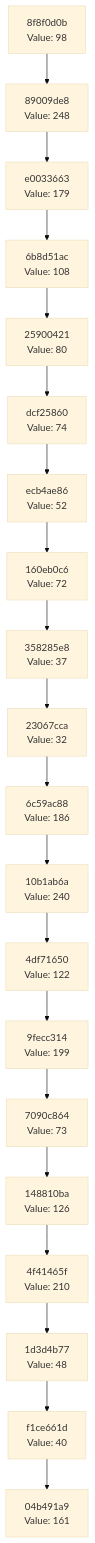
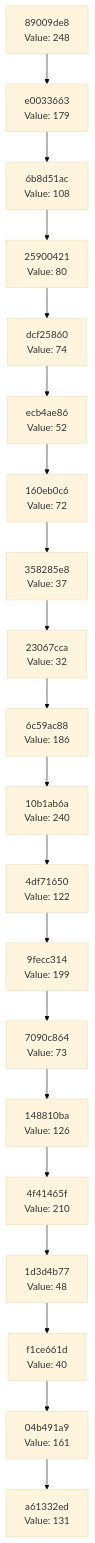
Before and after one commit to Abhisheksinha1506/hash-chain-evolver: the diagram in docs/CHAIN_VISUALIZATION.md, drawn with Mermaid (base theme). The commit also changed 2 other files, not shown here.

Commit message:
Evolution step: hash 0x83 → action executed

````diff
--- a/docs/CHAIN_VISUALIZATION.md
+++ b/docs/CHAIN_VISUALIZATION.md
@@ -3,42 +3,42 @@
 ```mermaid
 graph TD
-    C0["04b491a9<br/>Value: 161"]
-    C1["f1ce661d<br/>Value: 40"]
+    C0["a61332ed<br/>Value: 131"]
+    C1["04b491a9<br/>Value: 161"]
     C1 --> C0
-    C2["1d3d4b77<br/>Value: 48"]
+    C2["f1ce661d<br/>Value: 40"]
     C2 --> C1
-    C3["4f41465f<br/>Value: 210"]
+    C3["1d3d4b77<br/>Value: 48"]
     C3 --> C2
-    C4["148810ba<br/>Value: 126"]
+    C4["4f41465f<br/>Value: 210"]
     C4 --> C3
-    C5["7090c864<br/>Value: 73"]
+    C5["148810ba<br/>Value: 126"]
     C5 --> C4
-    C6["9fecc314<br/>Value: 199"]
+    C6["7090c864<br/>Value: 73"]
     C6 --> C5
-    C7["4df71650<br/>Value: 122"]
+    C7["9fecc314<br/>Value: 199"]
     C7 --> C6
-    C8["10b1ab6a<br/>Value: 240"]
+    C8["4df71650<br/>Value: 122"]
     C8 --> C7
-    C9["6c59ac88<br/>Value: 186"]
+    C9["10b1ab6a<br/>Value: 240"]
     C9 --> C8
-    C10["23067cca<br/>Value: 32"]
+    C10["6c59ac88<br/>Value: 186"]
     C10 --> C9
-    C11["358285e8<br/>Value: 37"]
+    C11["23067cca<br/>Value: 32"]
     C11 --> C10
-    C12["160eb0c6<br/>Value: 72"]
+    C12["358285e8<br/>Value: 37"]
     C12 --> C11
-    C13["ecb4ae86<br/>Value: 52"]
+    C13["160eb0c6<br/>Value: 72"]
     C13 --> C12
-    C14["dcf25860<br/>Value: 74"]
+    C14["ecb4ae86<br/>Value: 52"]
     C14 --> C13
-    C15["25900421<br/>Value: 80"]
+    C15["dcf25860<br/>Value: 74"]
     C15 --> C14
-    C16["6b8d51ac<br/>Value: 108"]
+    C16["25900421<br/>Value: 80"]
     C16 --> C15
-    C17["e0033663<br/>Value: 179"]
+    C17["6b8d51ac<br/>Value: 108"]
     C17 --> C16
-    C18["89009de8<br/>Value: 248"]
+    C18["e0033663<br/>Value: 179"]
     C18 --> C17
-    C19["8f8f0d0b<br/>Value: 98"]
+    C19["89009de8<br/>Value: 248"]
     C19 --> C18
 ```
````
